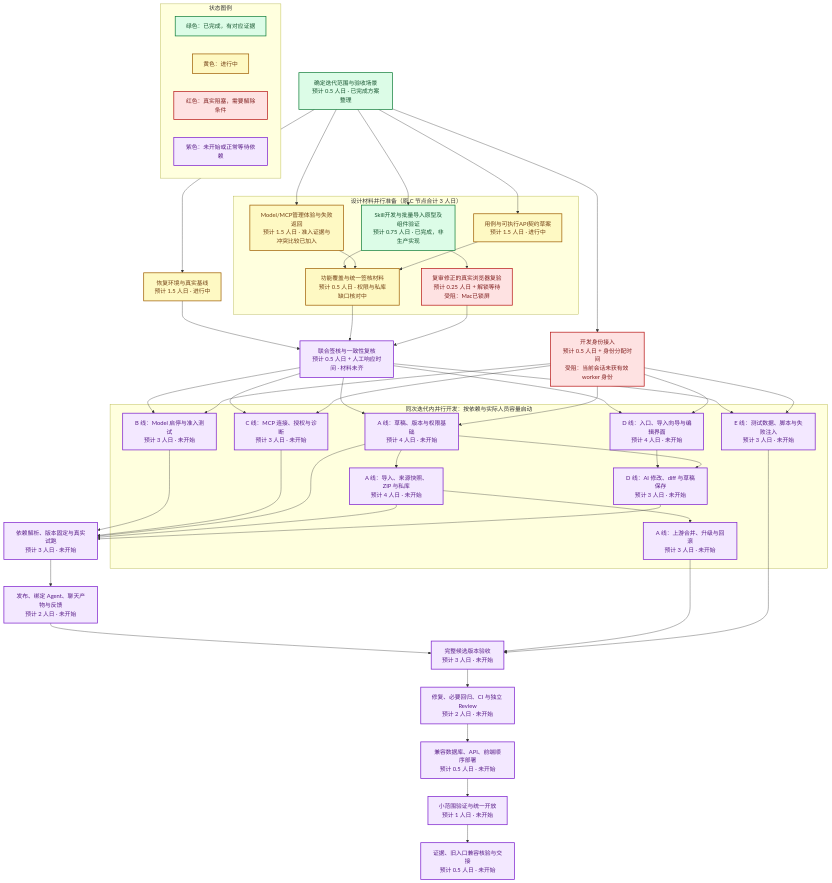
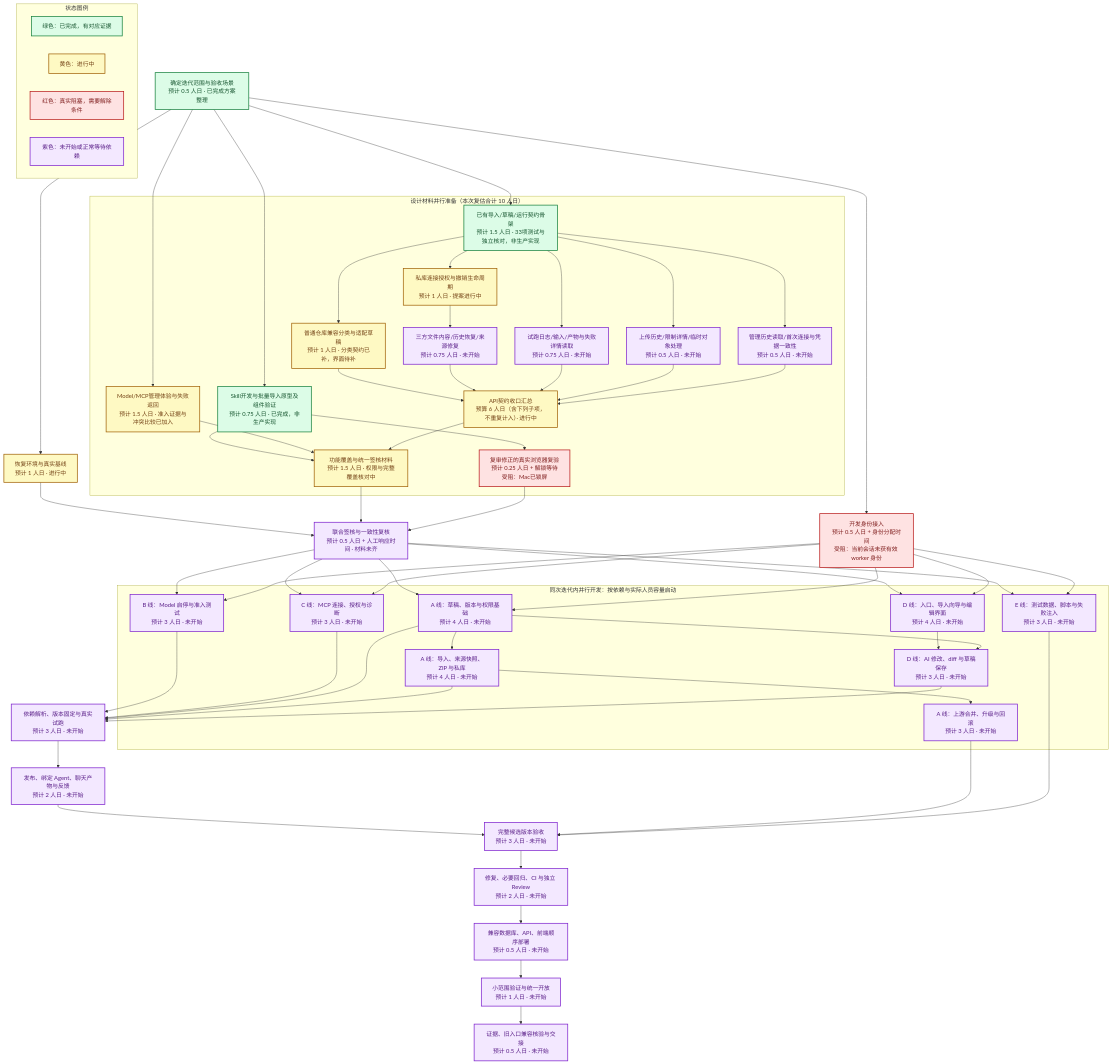
The diagram in docs/design/ai-capability-studio-e2e-plan-2026-09-09.md (boardx/workspacex), drawn with Mermaid before and after one commit. The commit also changed other lines of this file and 15 other files, not shown here.

````diff
--- a/docs/design/ai-capability-studio-e2e-plan-2026-09-09.md
+++ b/docs/design/ai-capability-studio-e2e-plan-2026-09-09.md
@@ -213,21 +213,33 @@
 ```mermaid
 flowchart TB
     A["确定迭代范围与验收场景<br/>预计 0.5 人日 · 已完成方案整理"]
-    A --> B["恢复环境与真实基线<br/>预计 1.5 人日 · 进行中"]
-    subgraph DESIGN["设计材料并行准备（原 C 节点合计 3 人日）"]
+    A --> B["恢复环境与真实基线<br/>预计 1 人日 · 进行中"]
+    subgraph DESIGN["设计材料并行准备（本次复估合计 10 人日）"]
         C1["Skill开发与批量导入原型及组件验证<br/>预计 0.75 人日 · 已完成，非生产实现"]
         Y["复审修正的真实浏览器复验<br/>预计 0.25 人日 + 解锁等待<br/>受阻：Mac已锁屏"]
         C2["Model/MCP管理体验与失败返回<br/>预计 1.5 人日 · 准入证据与冲突比较已加入"]
-        C3["用例与可执行API契约草案<br/>预计 1.5 人日 · 进行中"]
-        C4["功能覆盖与统一签核材料<br/>预计 0.5 人日 · 权限与私库缺口核对中"]
+        C3["API契约收口汇总<br/>预算 6 人日（含下列子项，不重复计入）· 进行中"]
+        C4["功能覆盖与统一签核材料<br/>预计 1.5 人日 · 权限与完整覆盖核对中"]
         C1 --> Y
         C1 --> C4
         C2 --> C4
+        C30["已有导入/草稿/运行契约骨架<br/>预计 1.5 人日 · 33项测试与独立核对，非生产实现"]
+        C31["普通仓库兼容分类与适配草稿<br/>预计 1 人日 · 分类契约已补，界面待补"]
+        C32["私库连接授权与撤销生命周期<br/>预计 1 人日 · 提案进行中"]
+        C33["试跑日志/输入/产物与失败详情读取<br/>预计 0.75 人日 · 未开始"]
+        C34["三方文件内容/历史恢复/来源修复<br/>预计 0.75 人日 · 未开始"]
+        C35["上传历史/限制详情/临时对象处理<br/>预计 0.5 人日 · 未开始"]
+        C36["管理历史读取/首次连接与凭据一致性<br/>预计 0.5 人日 · 未开始"]
+        C30 --> C31 --> C3
+        C30 --> C32 --> C34 --> C3
+        C30 --> C33 --> C3
+        C30 --> C35 --> C3
+        C30 --> C36 --> C3
         C3 --> C4
     end
     A --> C1
     A --> C2
-    A --> C3
+    A --> C30
     B --> G["联合签核与一致性复核<br/>预计 0.5 人日 + 人工响应时间 · 材料未齐"]
     C4 --> G
     Y --> G
@@ -283,8 +295,8 @@
     classDef active fill:#fef9c3,stroke:#a16207,color:#713f12,stroke-width:2px;
     classDef blocked fill:#fee2e2,stroke:#b91c1c,color:#7f1d1d,stroke-width:2px;
     classDef pending fill:#f3e8ff,stroke:#7e22ce,color:#581c87,stroke-width:2px;
-    class A,C1,LG done;
-    class B,C2,C3,C4,LY active;
+    class A,C1,C30,LG done;
+    class B,C2,C3,C4,C31,C32,LY active;
     class X,Y,LR blocked;
-    class G,D,I,U,M,P,F,E,T,R,H,V,J,K,L,Z,LP pending;
+    class C33,C34,C35,C36,G,D,I,U,M,P,F,E,T,R,H,V,J,K,L,Z,LP pending;
 ```
````
